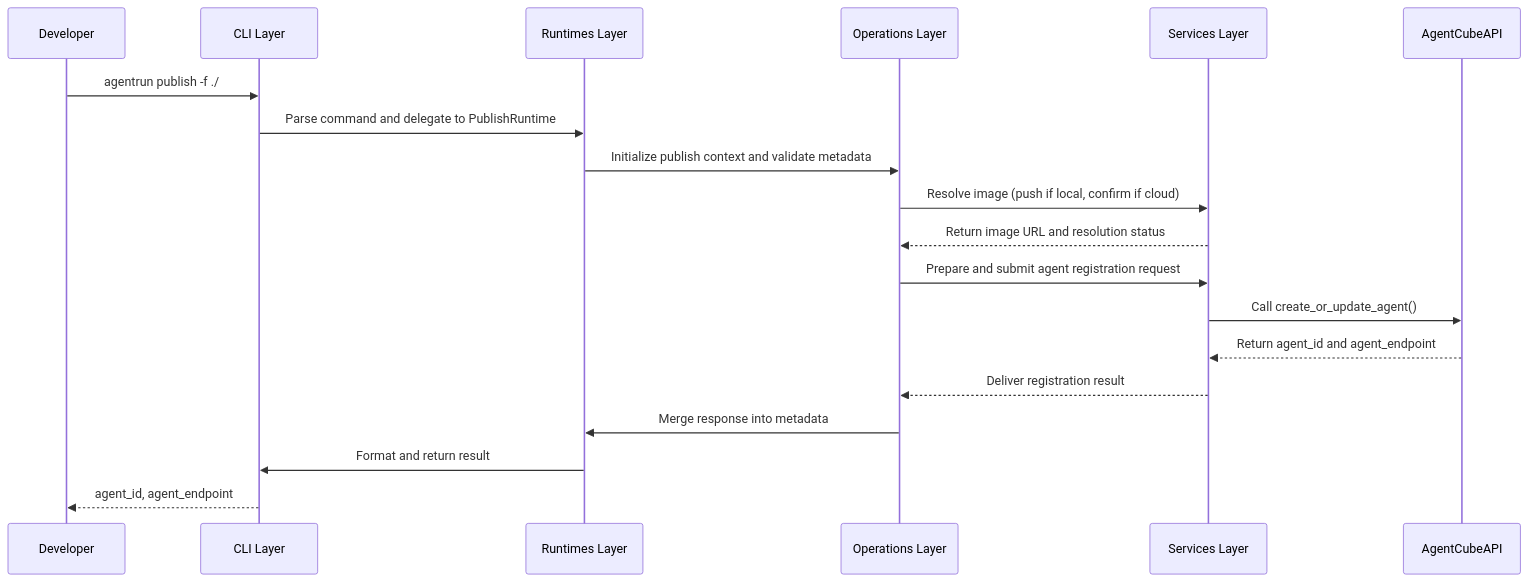
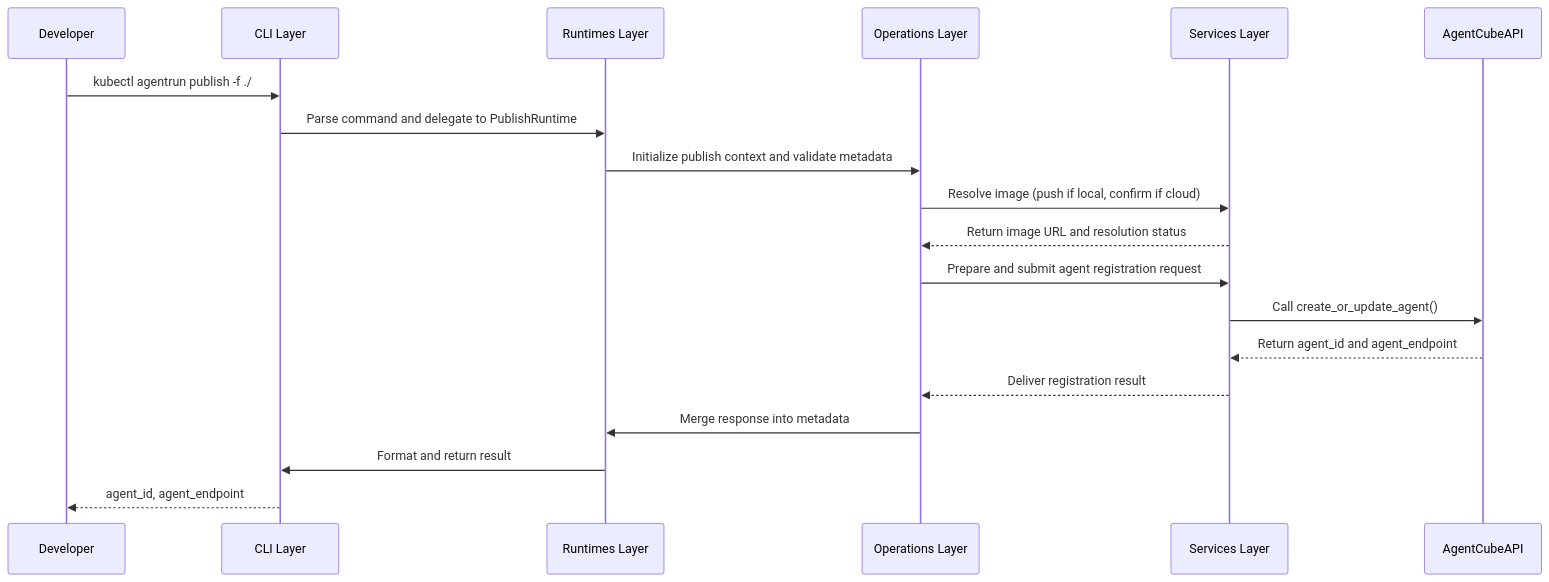
One commit to acsoto/agentcube changed the second of 2 diagrams in cmd/agentrun/AgentRun-CLI-Design.md. Above: the diagram before and after it, drawn with Mermaid. The commit also changed other lines of this file and 9 other files, not shown here.

Commit message:
Update CLI commands to use 'kubectl agentrun'

````diff
--- a/cmd/agentrun/AgentRun-CLI-Design.md
+++ b/cmd/agentrun/AgentRun-CLI-Design.md
@@ -483,23 +483,23 @@
 ```mermaid
 sequenceDiagram
   participant Developer
   participant CLI Layer
   participant PublishRuntime as Runtimes Layer
   participant PublishOps as Operations Layer
   participant Services Layer
   participant AgentCubeAPI
 
-  Developer->>CLI Layer: agentrun publish -f ./
+  Developer->>CLI Layer: kubectl agentrun publish -f ./
   CLI Layer->>PublishRuntime: Parse command and delegate to PublishRuntime
   PublishRuntime->>PublishOps: Initialize publish context and validate metadata
   PublishOps->>Services Layer: Resolve image (push if local, confirm if cloud)
   Services Layer-->>PublishOps: Return image URL and resolution status
   PublishOps->>Services Layer: Prepare and submit agent registration request
   Services Layer->>AgentCubeAPI: Call create_or_update_agent()
   AgentCubeAPI-->>Services Layer: Return agent_id and agent_endpoint
   Services Layer-->>PublishOps: Deliver registration result
   PublishOps->>PublishRuntime: Merge response into metadata
   PublishRuntime->>CLI Layer: Format and return result
   CLI Layer-->>Developer: agent_id, agent_endpoint
 
 ```
````
